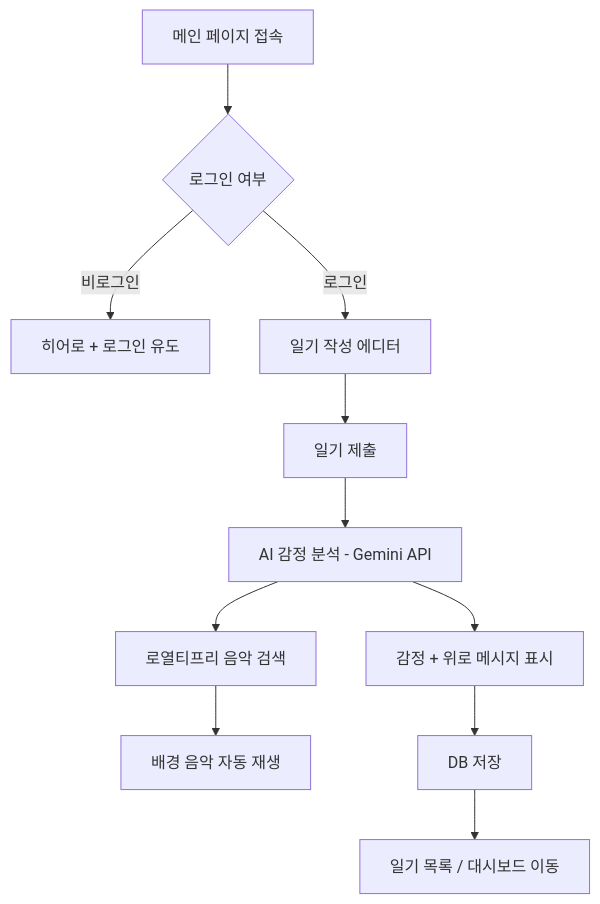
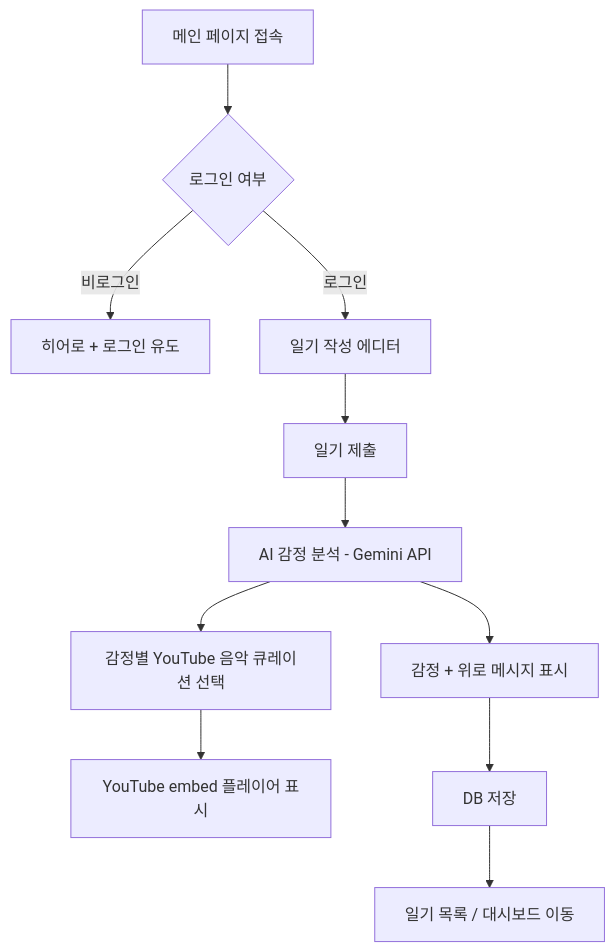
One commit to Asapandylee/vibe_board changed the diagram in README.md. Above: the diagram before and after it, drawn with Mermaid. The commit also changed other lines of this file and 3 other files, not shown here.

````diff
--- a/README.md
+++ b/README.md
@@ -65,13 +65,13 @@
 ```mermaid
 flowchart TD
     A[메인 페이지 접속] --> B{로그인 여부}
     B -->|비로그인| C[히어로 + 로그인 유도]
     B -->|로그인| D[일기 작성 에디터]
     D --> E[일기 제출]
     E --> F[AI 감정 분석 - Gemini API]
     F --> G[감정 + 위로 메시지 표시]
-    F --> H[로열티프리 음악 검색]
-    H --> I[배경 음악 자동 재생]
+    F --> H[감정별 YouTube 음악 큐레이션 선택]
+    H --> I[YouTube embed 플레이어 표시]
     G --> J[DB 저장]
     J --> K[일기 목록 / 대시보드 이동]
 ```
````
